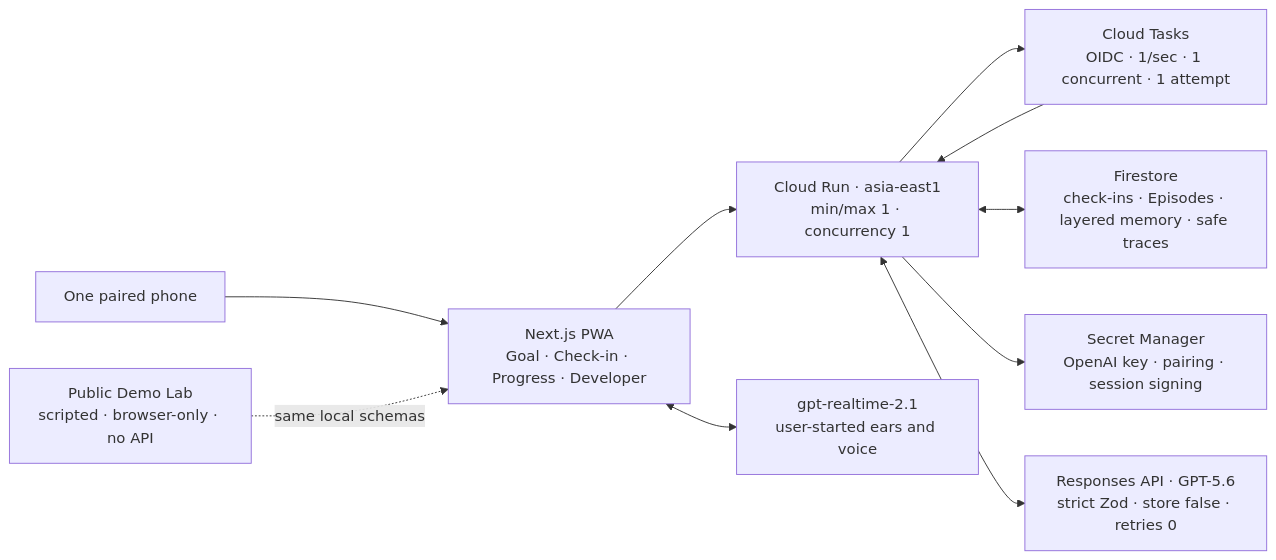
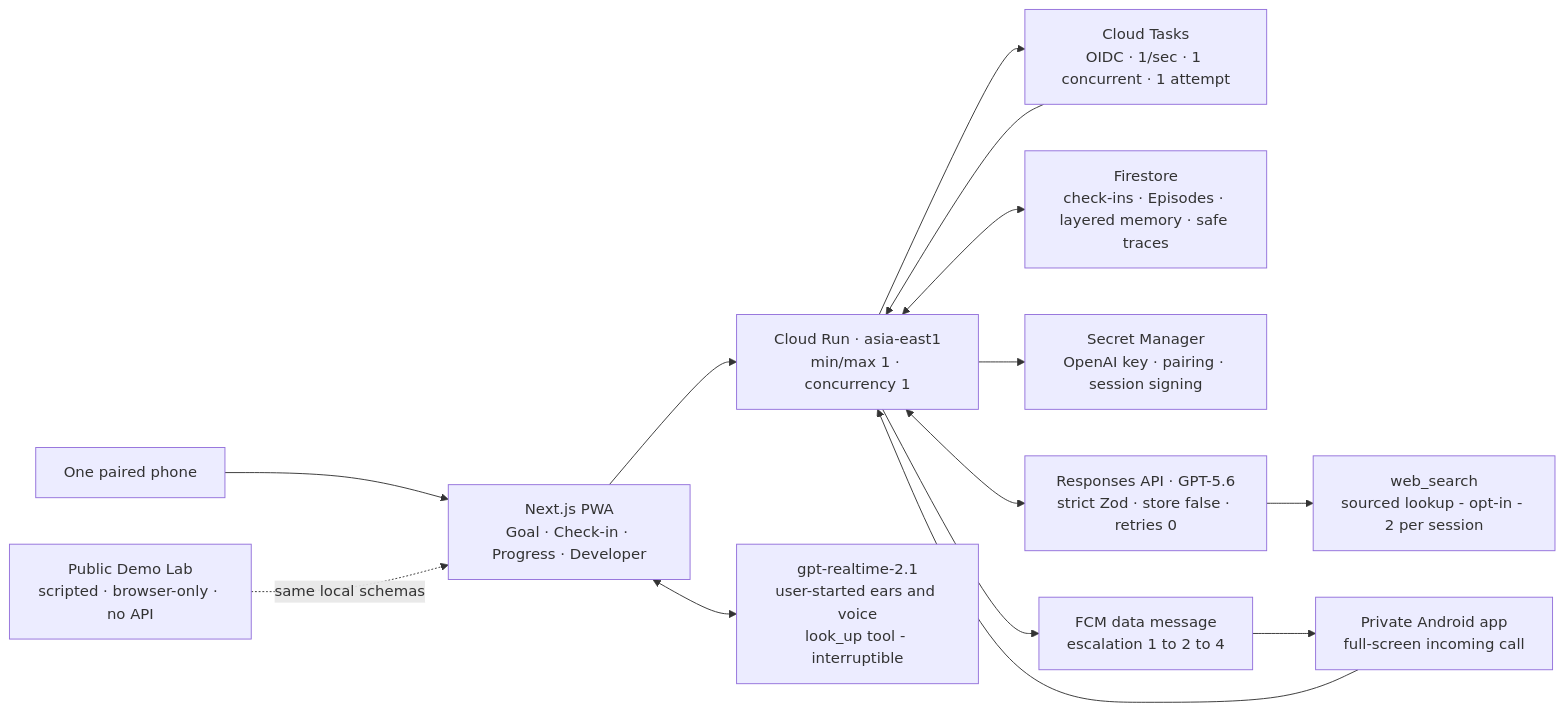
The diagram in README.md (rainingsnow0914tw-ship-it/time-sovereignty-2026), drawn with Mermaid before and after one commit.

Commit message:
docs: draw the two capabilities the architecture diagram never showed
The diagram stopped at "one paired phone talks to the PWA", which left out the
part that makes this different from a reminder app: a full-screen incoming call
delivered through FCM, escalating when the check-in is ignored. It also omitted
the sourced lookup added on the final day.

A judge reads the diagram before the code. Leaving the headline capability
undrawn understated the product more than any wording could.

````diff
--- a/README.md
+++ b/README.md
@@ -71,12 +71,16 @@
 ```mermaid
 flowchart LR
     USER["One paired phone"] --> PWA["Next.js PWA\nGoal · Check-in · Progress · Developer"]
     PWA --> RUN["Cloud Run · asia-east1\nmin/max 1 · concurrency 1"]
     RUN --> TASKS["Cloud Tasks\nOIDC · 1/sec · 1 concurrent · 1 attempt"]
     TASKS --> RUN
     RUN <--> DB["Firestore\ncheck-ins · Episodes · layered memory · safe traces"]
     RUN --> SECRETS["Secret Manager\nOpenAI key · pairing · session signing"]
     RUN <--> GPT["Responses API · GPT-5.6\nstrict Zod · store false · retries 0"]
-    PWA <--> VOICE["gpt-realtime-2.1\nuser-started ears and voice"]
+    GPT --> SEARCH["web_search\nsourced lookup - opt-in - 2 per session"]
+    PWA <--> VOICE["gpt-realtime-2.1\nuser-started ears and voice\nlook_up tool - interruptible"]
+    RUN --> FCM["FCM data message\nescalation 1 to 2 to 4"]
+    FCM --> NATIVE["Private Android app\nfull-screen incoming call"]
+    NATIVE --> RUN
     DEMO["Public Demo Lab\nscripted · browser-only · no API"] -. "same local schemas" .-> PWA
 ```
````
